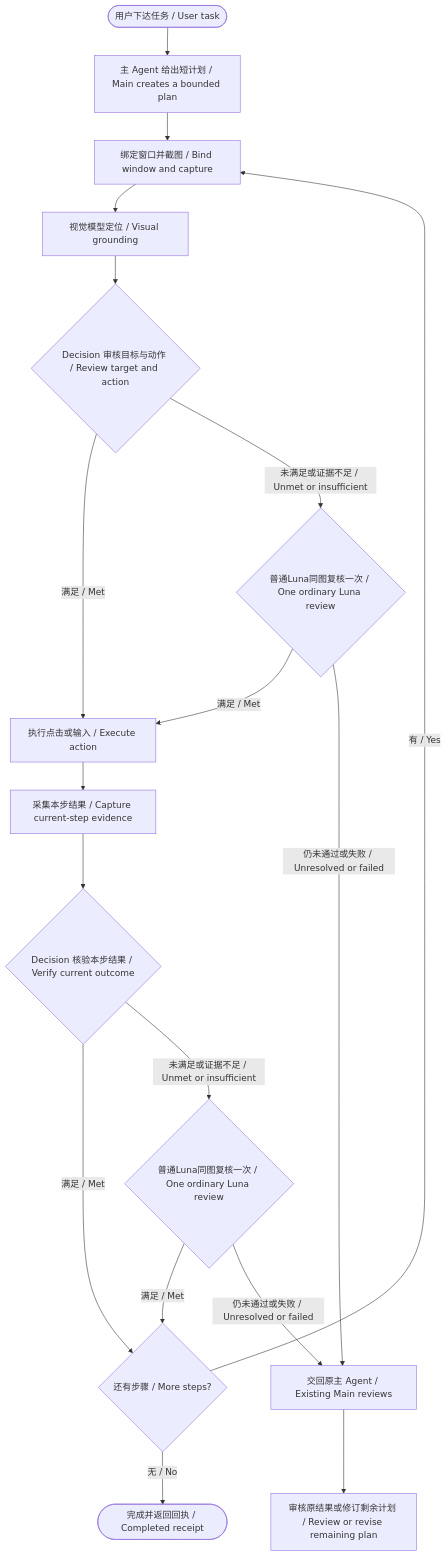
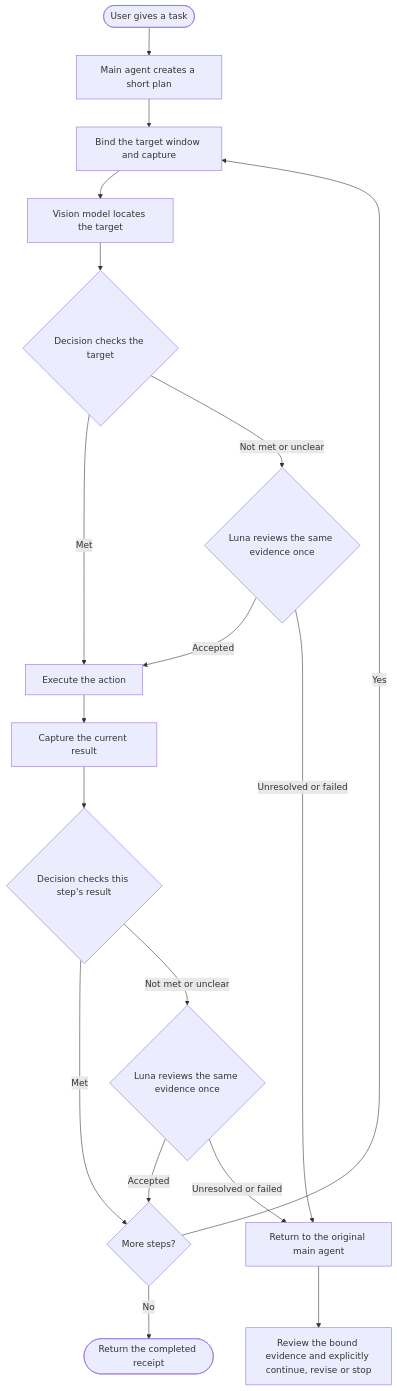
The first of 2 diagrams in README.md (Desolate-Jix/agent-gui-runtime), drawn with Mermaid before and after one commit. The commit also changed other lines of this file and 1 other file, not shown here.

````diff
--- a/README.md
+++ b/README.md
@@ -102,20 +29,20 @@
 ```mermaid
 flowchart TD
-    U([用户下达任务 / User task]) --> M[主 Agent 给出短计划 / Main creates a bounded plan]
-    M --> C[绑定窗口并截图 / Bind window and capture]
-    C --> V[视觉模型定位 / Visual grounding]
-    V --> D{Decision 审核目标与动作 / Review target and action}
-    D -->|满足 / Met| A[执行点击或输入 / Execute action]
-    D -->|未满足或证据不足 / Unmet or insufficient| DR{普通Luna同图复核一次 / One ordinary Luna review}
-    DR -->|满足 / Met| A
-    DR -->|仍未通过或失败 / Unresolved or failed| R[交回原主 Agent / Existing Main reviews]
-    A --> E[采集本步结果 / Capture current-step evidence]
-    E --> O{Decision 核验本步结果 / Verify current outcome}
-    O -->|满足 / Met| N{还有步骤 / More steps?}
-    O -->|未满足或证据不足 / Unmet or insufficient| OR{普通Luna同图复核一次 / One ordinary Luna review}
-    OR -->|满足 / Met| N
-    OR -->|仍未通过或失败 / Unresolved or failed| R
-    N -->|有 / Yes| C
-    N -->|无 / No| F([完成并返回回执 / Completed receipt])
-    R --> P[审核原结果或修订剩余计划 / Review or revise remaining plan]
+    U([User gives a task]) --> M[Main agent creates a short plan]
+    M --> C[Bind the target window and capture]
+    C --> V[Vision model locates the target]
+    V --> D{Decision checks the target}
+    D -->|Met| A[Execute the action]
+    D -->|Not met or unclear| L{Luna reviews the same evidence once}
+    L -->|Accepted| A
+    L -->|Unresolved or failed| R[Return to the original main agent]
+    A --> E[Capture the current result]
+    E --> O{Decision checks this step's result}
+    O -->|Met| N{More steps?}
+    O -->|Not met or unclear| Q{Luna reviews the same evidence once}
+    Q -->|Accepted| N
+    Q -->|Unresolved or failed| R
+    N -->|Yes| C
+    N -->|No| F([Return the completed receipt])
+    R --> P[Review the bound evidence and explicitly continue, revise or stop]
 ```
````
